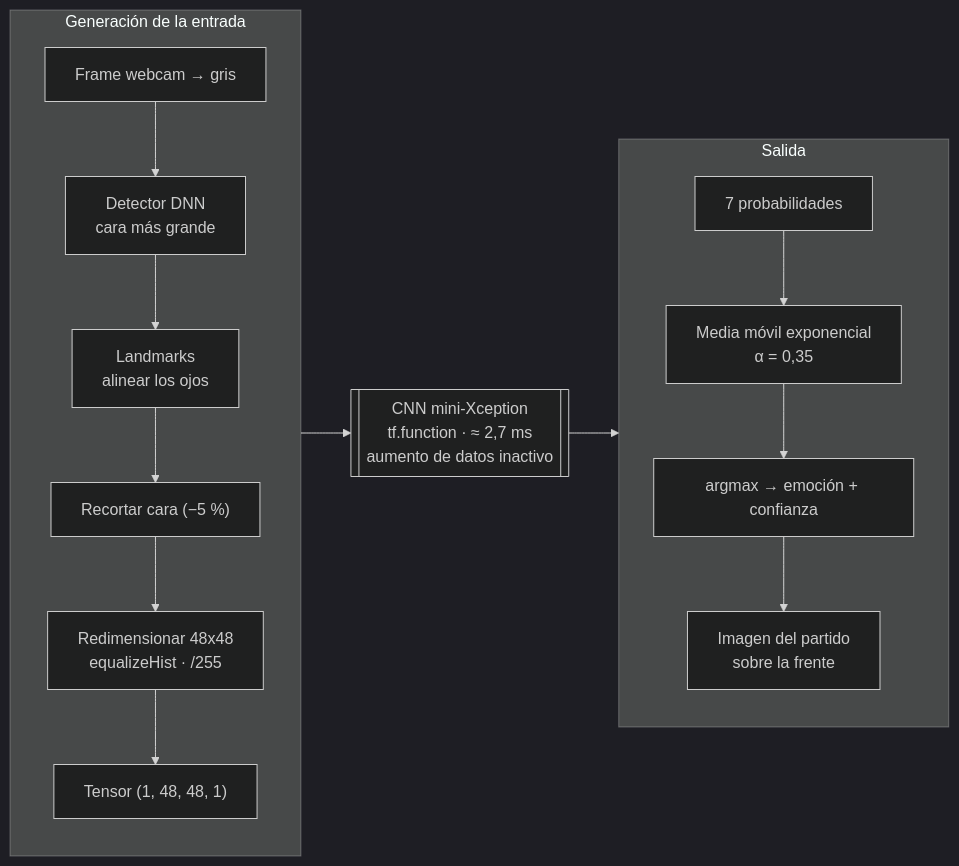
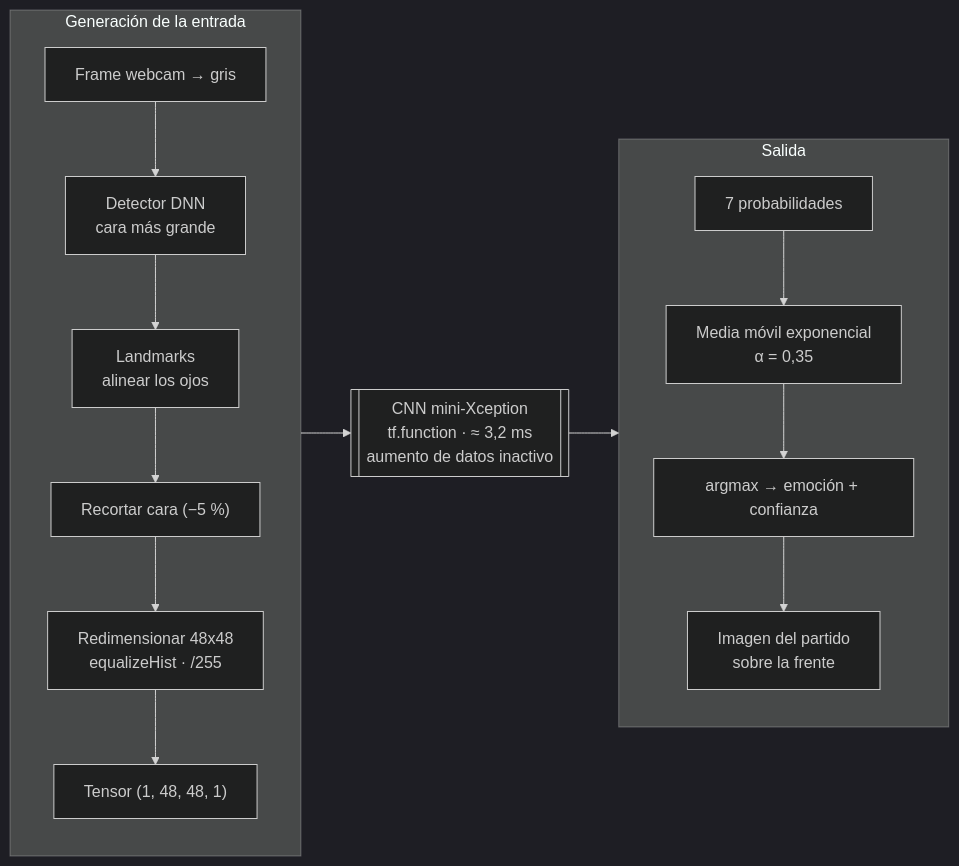
One commit to t3ntox/Practicas_VC changed the third of 3 diagrams in P5/README.md. Above: the diagram before and after it, drawn with Mermaid (dark theme). The commit also changed other lines of this file and 5 other files, not shown here.

````diff
--- a/P5/README.md
+++ b/P5/README.md
@@ -199,22 +199,22 @@
 ```mermaid
 flowchart LR
     subgraph IN["Generación de la entrada"]
         direction TB
         A["Frame webcam → gris"] --> B["Detector DNN<br/>cara más grande"]
         B --> C["Landmarks<br/>alinear los ojos"]
         C --> D["Recortar cara (−5 %)"]
         D --> E["Redimensionar 48x48<br/>equalizeHist · /255"]
         E --> F["Tensor (1, 48, 48, 1)"]
     end
 
-    CNN[["CNN mini-Xception<br/>tf.function · ≈ 2,7 ms<br/>aumento de datos inactivo"]]
+    CNN[["CNN mini-Xception<br/>tf.function · ≈ 3,2 ms<br/>aumento de datos inactivo"]]
 
     subgraph OUT["Salida"]
         direction TB
         G["7 probabilidades"] --> H["Media móvil exponencial<br/>α = 0,35"]
         H --> I["argmax → emoción + confianza"]
         I --> J["Imagen del partido<br/>sobre la frente"]
     end
 
     F --> CNN --> G
 ```
````
